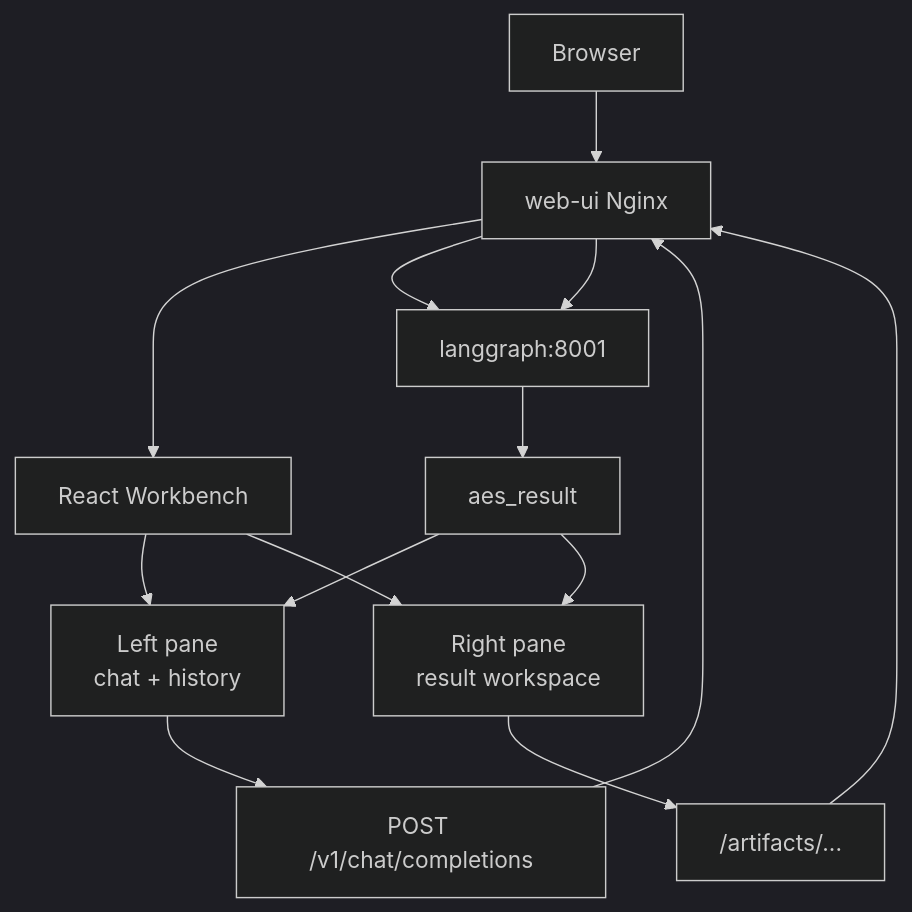
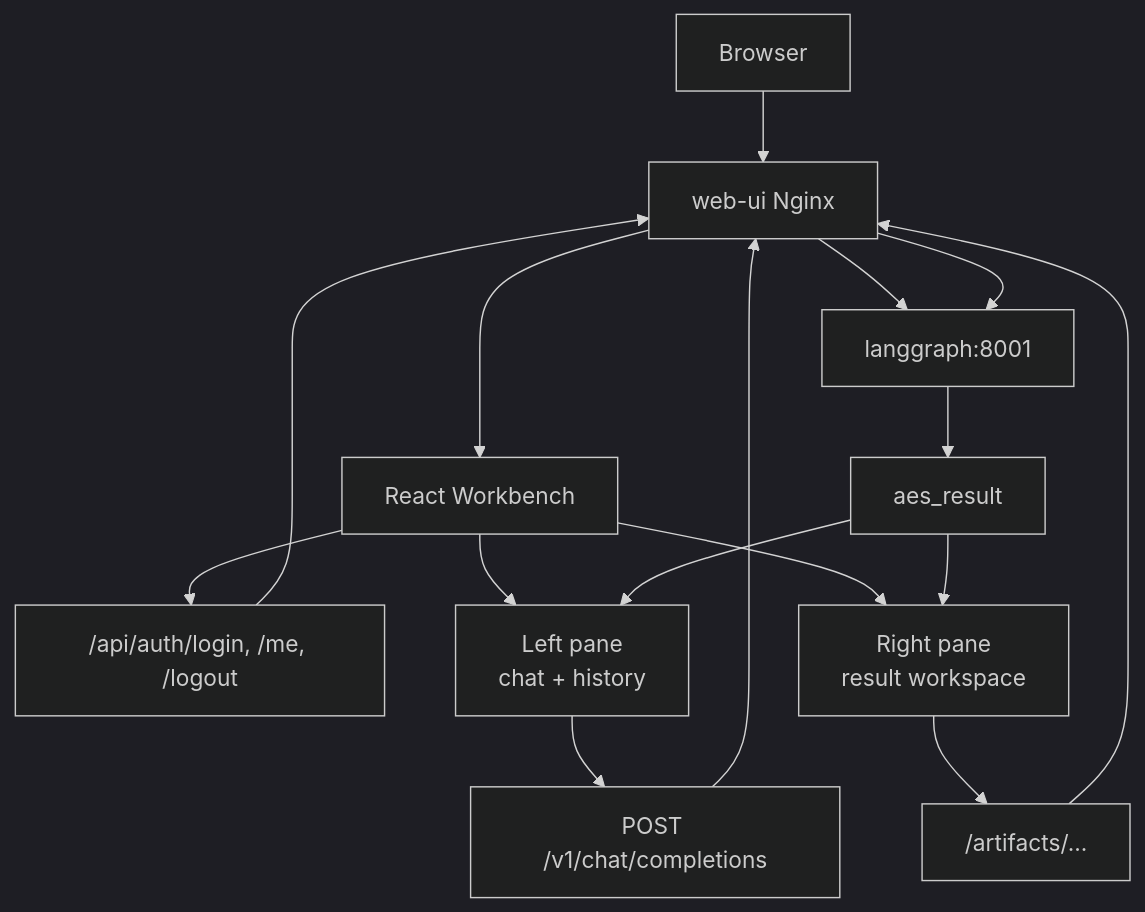
Before and after one commit to RadmirG/AES: the first of 6 diagrams in web-ui/architecture.md, drawn with Mermaid (dark theme). The commit also changed other lines of this file and 32 other files, not shown here.

````diff
--- a/web-ui/architecture.md
+++ b/web-ui/architecture.md
@@ -7,16 +7,18 @@
 ```mermaid
 flowchart TD
     A["Browser"] --> B["web-ui Nginx"]
     B --> C["React Workbench"]
+    C --> AUTH["/api/auth/login, /me, /logout"]
+    AUTH --> B
     C --> D["Left pane<br/>chat + history"]
     C --> E["Right pane<br/>result workspace"]
     D --> F["POST /v1/chat/completions"]
     F --> B
     B --> G["langgraph:8001"]
     G --> H["aes_result"]
     H --> D
     H --> E
     E --> I["/artifacts/..."]
     I --> B
     B --> G
 ```
````
